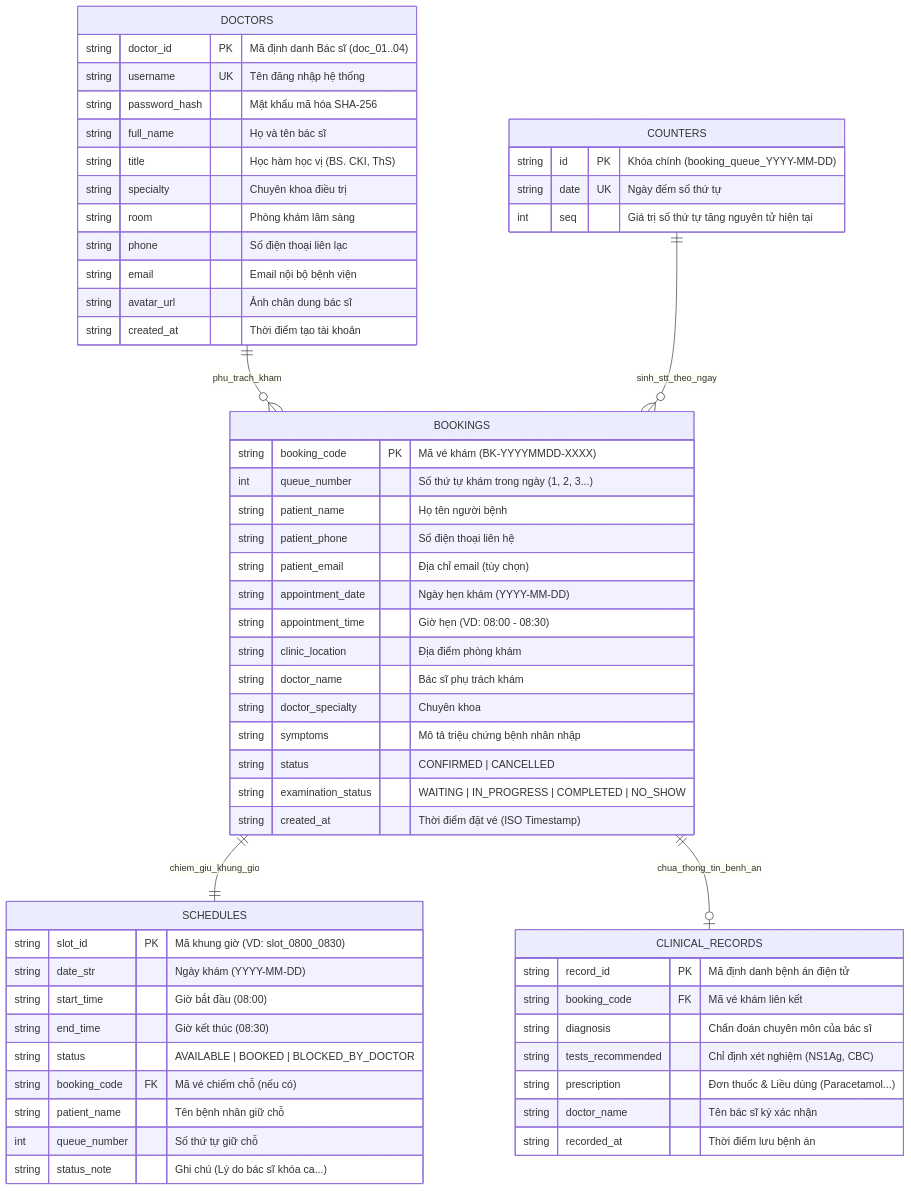
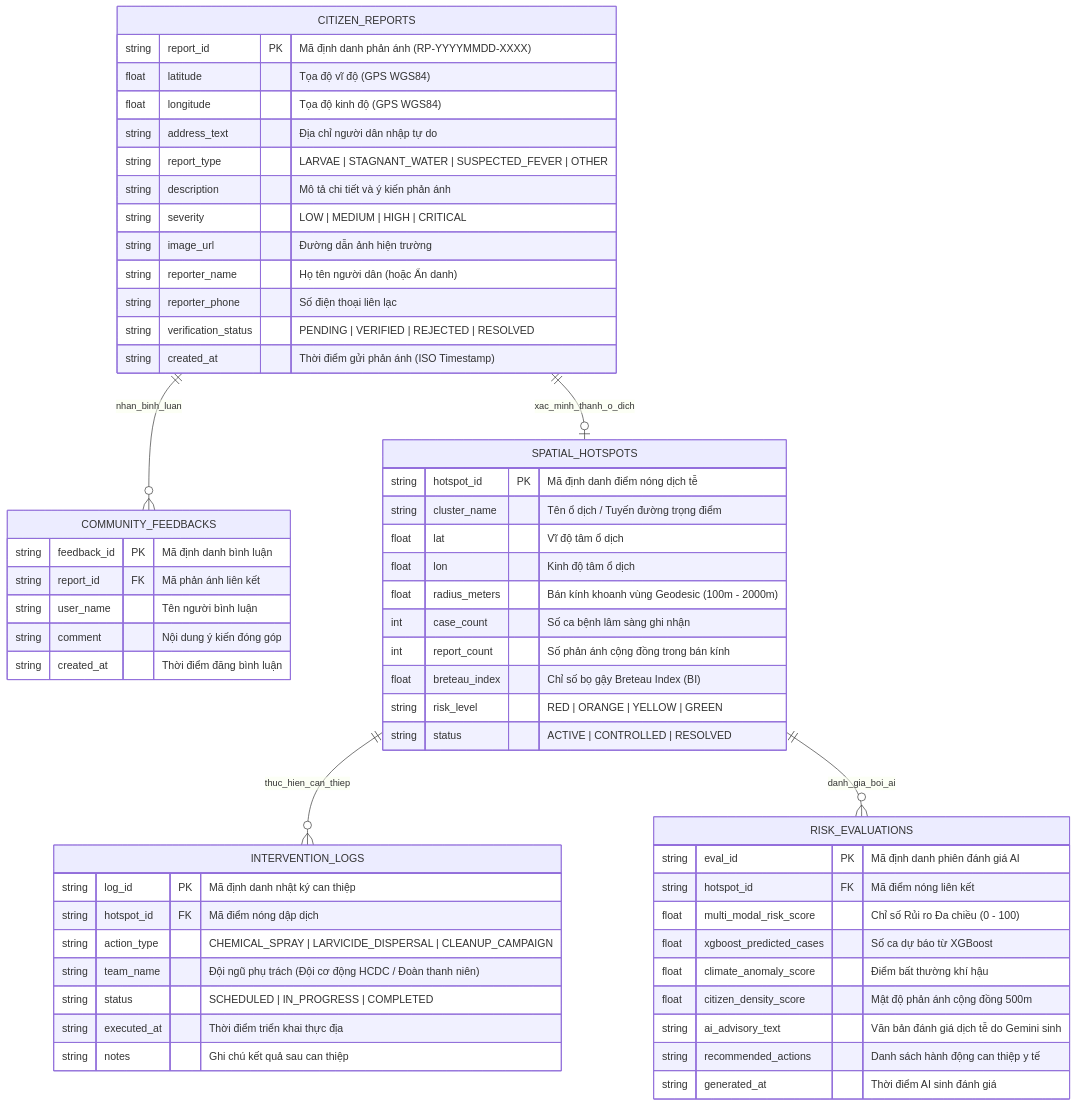
Diagram 15 of 26 in README.md (VanderSpeare/dengue-prediction), drawn with Mermaid before and after one commit. The commit also changed other lines of this file and 25 other files, not shown here.

````diff
--- a/README.md
+++ b/README.md
@@ -1393,66 +730,65 @@
 ```mermaid
 erDiagram
-    DOCTORS ||--o{ BOOKINGS : "phu_trach_kham"
-    BOOKINGS ||--|| SCHEDULES : "chiem_giu_khung_gio"
-    BOOKINGS ||--o| CLINICAL_RECORDS : "chua_thong_tin_benh_an"
-    COUNTERS ||--o{ BOOKINGS : "sinh_stt_theo_ngay"
+    CITIZEN_REPORTS ||--o{ COMMUNITY_FEEDBACKS : "nhan_binh_luan"
+    CITIZEN_REPORTS ||--o| SPATIAL_HOTSPOTS : "xac_minh_thanh_o_dich"
+    SPATIAL_HOTSPOTS ||--o{ INTERVENTION_LOGS : "thuc_hien_can_thiep"
+    SPATIAL_HOTSPOTS ||--o{ RISK_EVALUATIONS : "danh_gia_boi_ai"
 
-    DOCTORS {
-        string doctor_id PK "Mã định danh Bác sĩ (doc_01..04)"
-        string username UK "Tên đăng nhập hệ thống"
-        string password_hash "Mật khẩu mã hóa SHA-256"
-        string full_name "Họ và tên bác sĩ"
-        string title "Học hàm học vị (BS. CKI, ThS)"
-        string specialty "Chuyên khoa điều trị"
-        string room "Phòng khám lâm sàng"
-        string phone "Số điện thoại liên lạc"
-        string email "Email nội bộ bệnh viện"
-        string avatar_url "Ảnh chân dung bác sĩ"
-        string created_at "Thời điểm tạo tài khoản"
+    CITIZEN_REPORTS {
+        string report_id PK "Mã định danh phản ánh (RP-YYYYMMDD-XXXX)"
+        float latitude "Tọa độ vĩ độ (GPS WGS84)"
+        float longitude "Tọa độ kinh độ (GPS WGS84)"
+        string address_text "Địa chỉ người dân nhập tự do"
+        string report_type "LARVAE | STAGNANT_WATER | SUSPECTED_FEVER | OTHER"
+        string description "Mô tả chi tiết và ý kiến phản ánh"
+        string severity "LOW | MEDIUM | HIGH | CRITICAL"
+        string image_url "Đường dẫn ảnh hiện trường"
+        string reporter_name "Họ tên người dân (hoặc Ẩn danh)"
+        string reporter_phone "Số điện thoại liên lạc"
+        string verification_status "PENDING | VERIFIED | REJECTED | RESOLVED"
+        string created_at "Thời điểm gửi phản ánh (ISO Timestamp)"
     }
 
-    BOOKINGS {
-        string booking_code PK "Mã vé khám (BK-YYYYMMDD-XXXX)"
-        int queue_number "Số thứ tự khám trong ngày (1, 2, 3...)"
-        string patient_name "Họ tên người bệnh"
-        string patient_phone "Số điện thoại liên hệ"
-        string patient_email "Địa chỉ email (tùy chọn)"
-        string appointment_date "Ngày hẹn khám (YYYY-MM-DD)"
-        string appointment_time "Giờ hẹn (VD: 08:00 - 08:30)"
-        string clinic_location "Địa điểm phòng khám"
-        string doctor_name "Bác sĩ phụ trách khám"
-        string doctor_specialty "Chuyên khoa"
-        string symptoms "Mô tả triệu chứng bệnh nhân nhập"
-        string status "CONFIRMED | CANCELLED"
-        string examination_status "WAITING | IN_PROGRESS | COMPLETED | NO_SHOW"
-        string created_at "Thời điểm đặt vé (ISO Timestamp)"
+    COMMUNITY_FEEDBACKS {
+        string feedback_id PK "Mã định danh bình luận"
+        string report_id FK "Mã phản ánh liên kết"
+        string user_name "Tên người bình luận"
+        string comment "Nội dung ý kiến đóng góp"
+        string created_at "Thời điểm đăng bình luận"
     }
 
-    SCHEDULES {
-        string slot_id PK "Mã khung giờ (VD: slot_0800_0830)"
-        string date_str "Ngày khám (YYYY-MM-DD)"
-        string start_time "Giờ bắt đầu (08:00)"
-        string end_time "Giờ kết thúc (08:30)"
-        string status "AVAILABLE | BOOKED | BLOCKED_BY_DOCTOR"
-        string booking_code FK "Mã vé chiếm chỗ (nếu có)"
-        string patient_name "Tên bệnh nhân giữ chỗ"
-        int queue_number "Số thứ tự giữ chỗ"
-        string status_note "Ghi chú (Lý do bác sĩ khóa ca...)"
+    SPATIAL_HOTSPOTS {
+        string hotspot_id PK "Mã định danh điểm nóng dịch tễ"
+        string cluster_name "Tên ổ dịch / Tuyến đường trọng điểm"
+        float lat "Vĩ độ tâm ổ dịch"
+        float lon "Kinh độ tâm ổ dịch"
+        float radius_meters "Bán kính khoanh vùng Geodesic (100m - 2000m)"
+        int case_count "Số ca bệnh lâm sàng ghi nhận"
+        int report_count "Số phản ánh cộng đồng trong bán kính"
+        float breteau_index "Chỉ số bọ gậy Breteau Index (BI)"
+        string risk_level "RED | ORANGE | YELLOW | GREEN"
+        string status "ACTIVE | CONTROLLED | RESOLVED"
     }
 
-    CLINICAL_RECORDS {
-        string record_id PK "Mã định danh bệnh án điện tử"
-        string booking_code FK "Mã vé khám liên kết"
-        string diagnosis "Chẩn đoán chuyên môn của bác sĩ"
-        string tests_recommended "Chỉ định xét nghiệm (NS1Ag, CBC)"
-        string prescription "Đơn thuốc & Liều dùng (Paracetamol...)"
-        string doctor_name "Tên bác sĩ ký xác nhận"
-        string recorded_at "Thời điểm lưu bệnh án"
+    RISK_EVALUATIONS {
+        string eval_id PK "Mã định danh phiên đánh giá AI"
+        string hotspot_id FK "Mã điểm nóng liên kết"
+        float multi_modal_risk_score "Chỉ số Rủi ro Đa chiều (0 - 100)"
+        float xgboost_predicted_cases "Số ca dự báo từ XGBoost"
+        float climate_anomaly_score "Điểm bất thường khí hậu"
+        float citizen_density_score "Mật độ phản ánh cộng đồng 500m"
+        string ai_advisory_text "Văn bản đánh giá dịch tễ do Gemini sinh"
+        string recommended_actions "Danh sách hành động can thiệp y tế"
+        string generated_at "Thời điểm AI sinh đánh giá"
     }
 
-    COUNTERS {
-        string id PK "Khóa chính (booking_queue_YYYY-MM-DD)"
-        string date UK "Ngày đếm số thứ tự"
-        int seq "Giá trị số thứ tự tăng nguyên tử hiện tại"
+    INTERVENTION_LOGS {
+        string log_id PK "Mã định danh nhật ký can thiệp"
+        string hotspot_id FK "Mã điểm nóng dập dịch"
+        string action_type "CHEMICAL_SPRAY | LARVICIDE_DISPERSAL | CLEANUP_CAMPAIGN"
+        string team_name "Đội ngũ phụ trách (Đội cơ động HCDC / Đoàn thanh niên)"
+        string status "SCHEDULED | IN_PROGRESS | COMPLETED"
+        string executed_at "Thời điểm triển khai thực địa"
+        string notes "Ghi chú kết quả sau can thiệp"
     }
 ```
````
